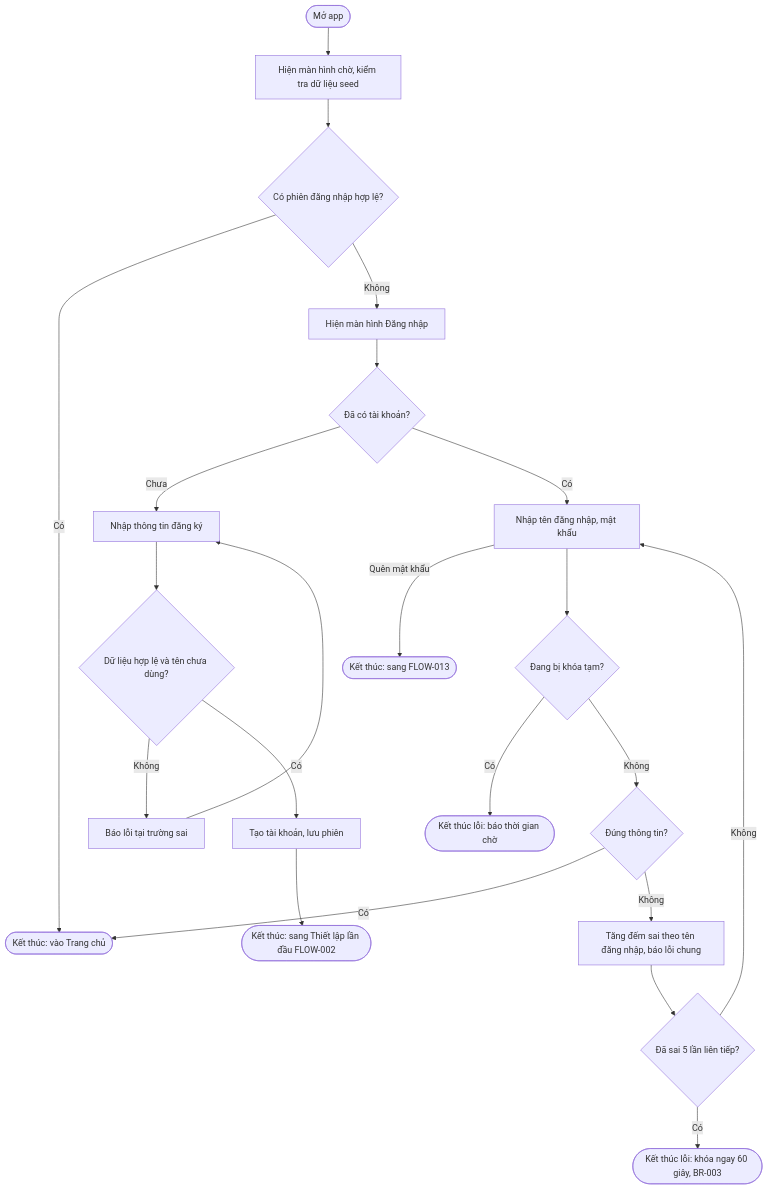
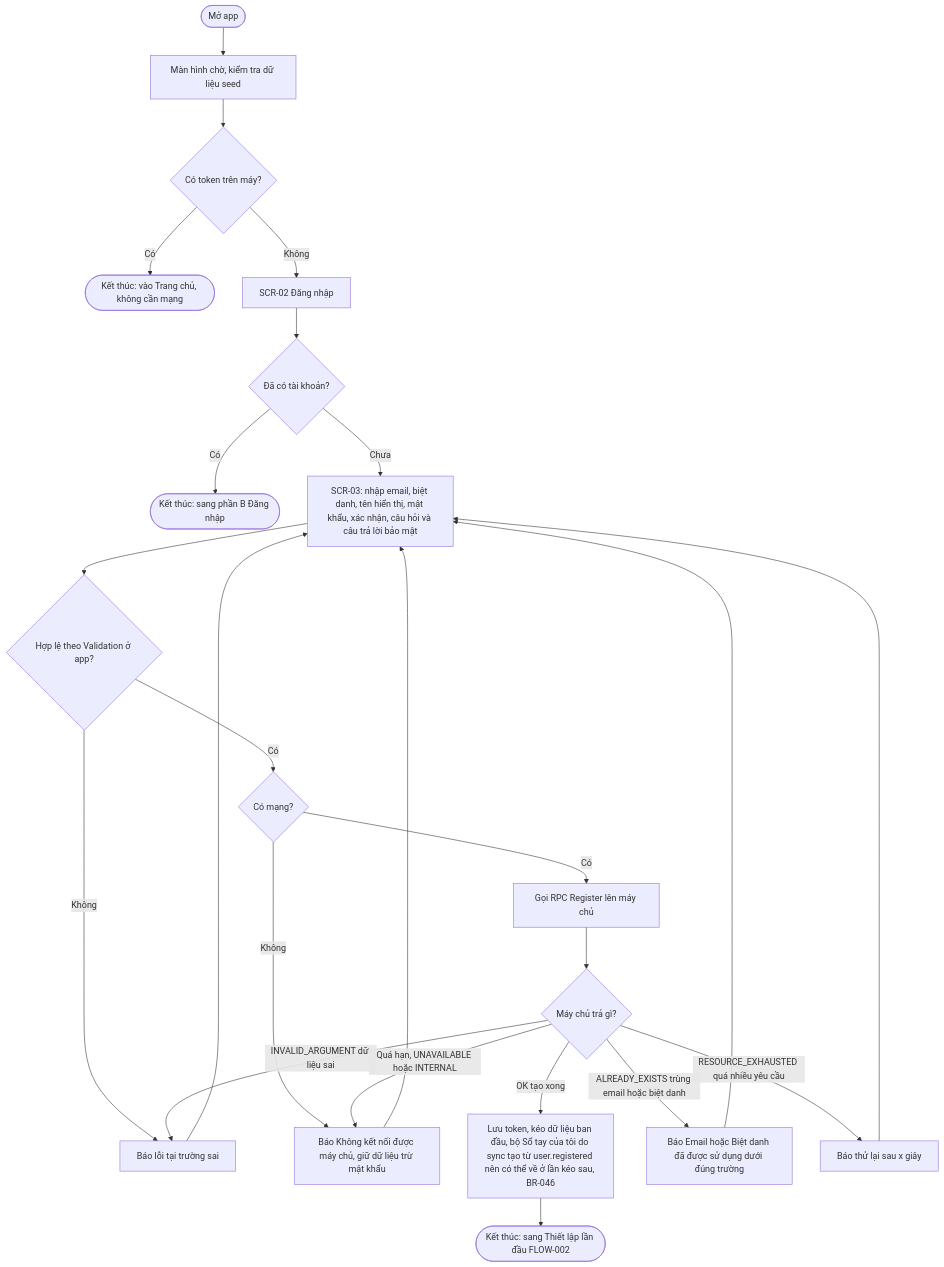
One commit to at1308033-sketch/LearningE_app changed the third of 33 diagrams in docs/project/Use-Cases.md. Above: the diagram before and after it, drawn with Mermaid. The commit also changed other lines of this file and 302 other files, not shown here.

````diff
--- a/docs/project/Use-Cases.md
+++ b/docs/project/Use-Cases.md
@@ -290,24 +397,26 @@
 ```mermaid
 flowchart TD
-  S([Mở app]) --> A[Hiện màn hình chờ, kiểm tra dữ liệu seed]
-  A --> B{Có phiên đăng nhập hợp lệ?}
-  B -- Có --> H([Kết thúc: vào Trang chủ])
-  B -- Không --> C[Hiện màn hình Đăng nhập]
+  S([Mở app]) --> A[Màn hình chờ, kiểm tra dữ liệu seed]
+  A --> B{Có token trên máy?}
+  B -- Có --> H([Kết thúc: vào Trang chủ, không cần mạng])
+  B -- Không --> C[SCR-02 Đăng nhập]
   C --> D{Đã có tài khoản?}
-  D -- Chưa --> R[Nhập thông tin đăng ký]
-  R --> RV{Dữ liệu hợp lệ và tên chưa dùng?}
+  D -- Có --> LG([Kết thúc: sang phần B Đăng nhập])
+  D -- Chưa --> R[SCR-03: nhập email, biệt danh, tên hiển thị, mật khẩu, xác nhận, câu hỏi và câu trả lời bảo mật]
+  R --> RV{Hợp lệ theo Validation ở app?}
   RV -- Không --> RE[Báo lỗi tại trường sai]
   RE --> R
-  RV -- Có --> RS[Tạo tài khoản, lưu phiên]
-  RS --> OB([Kết thúc: sang Thiết lập lần đầu FLOW-002])
-  D -- Có --> L[Nhập tên đăng nhập, mật khẩu]
-  L -- Quên mật khẩu --> FP([Kết thúc: sang FLOW-013])
-  L --> K{Đang bị khóa tạm?}
-  K -- Có --> KE([Kết thúc lỗi: báo thời gian chờ])
-  K -- Không --> V{Đúng thông tin?}
-  V -- Có --> H
-  V -- Không --> VE[Tăng đếm sai theo tên đăng nhập, báo lỗi chung]
-  VE --> K5{Đã sai 5 lần liên tiếp?}
-  K5 -- Không --> L
-  K5 -- Có --> KL([Kết thúc lỗi: khóa ngay 60 giây, BR-003])
+  RV -- Có --> N{Có mạng?}
+  N -- Không --> NE[Báo Không kết nối được máy chủ, giữ dữ liệu trừ mật khẩu]
+  NE --> R
+  N -- Có --> API[Gọi RPC Register lên máy chủ]
+  API --> RS{Máy chủ trả gì?}
+  RS -- OK tạo xong --> OK[Lưu token, kéo dữ liệu ban đầu, bộ Sổ tay của tôi do sync tạo từ user.registered nên có thể về ở lần kéo sau, BR-046]
+  OK --> OB([Kết thúc: sang Thiết lập lần đầu FLOW-002])
+  RS -- ALREADY_EXISTS trùng email hoặc biệt danh --> DUP[Báo Email hoặc Biệt danh đã được sử dụng dưới đúng trường]
+  DUP --> R
+  RS -- INVALID_ARGUMENT dữ liệu sai --> RE
+  RS -- Quá hạn, UNAVAILABLE hoặc INTERNAL --> NE
+  RS -- RESOURCE_EXHAUSTED quá nhiều yêu cầu --> RL[Báo thử lại sau x giây]
+  RL --> R
 ```
````
